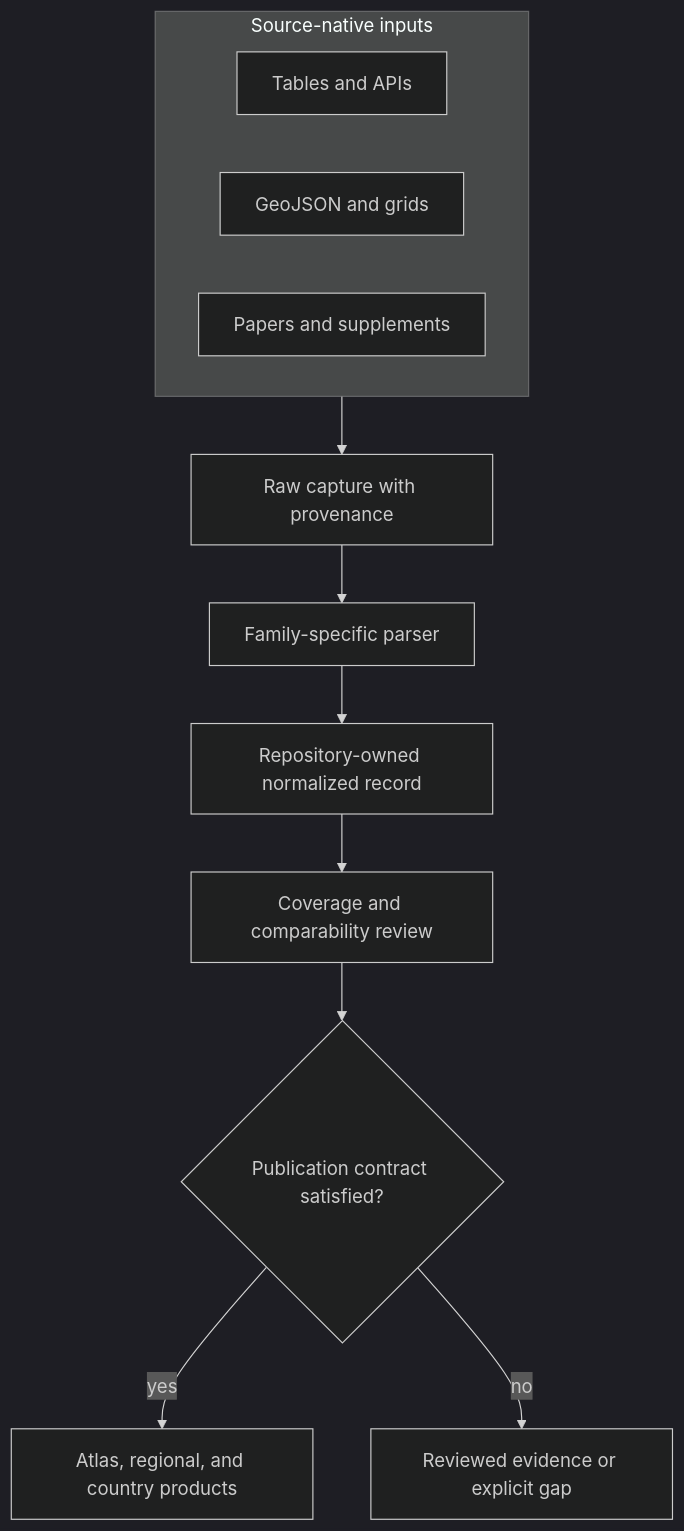
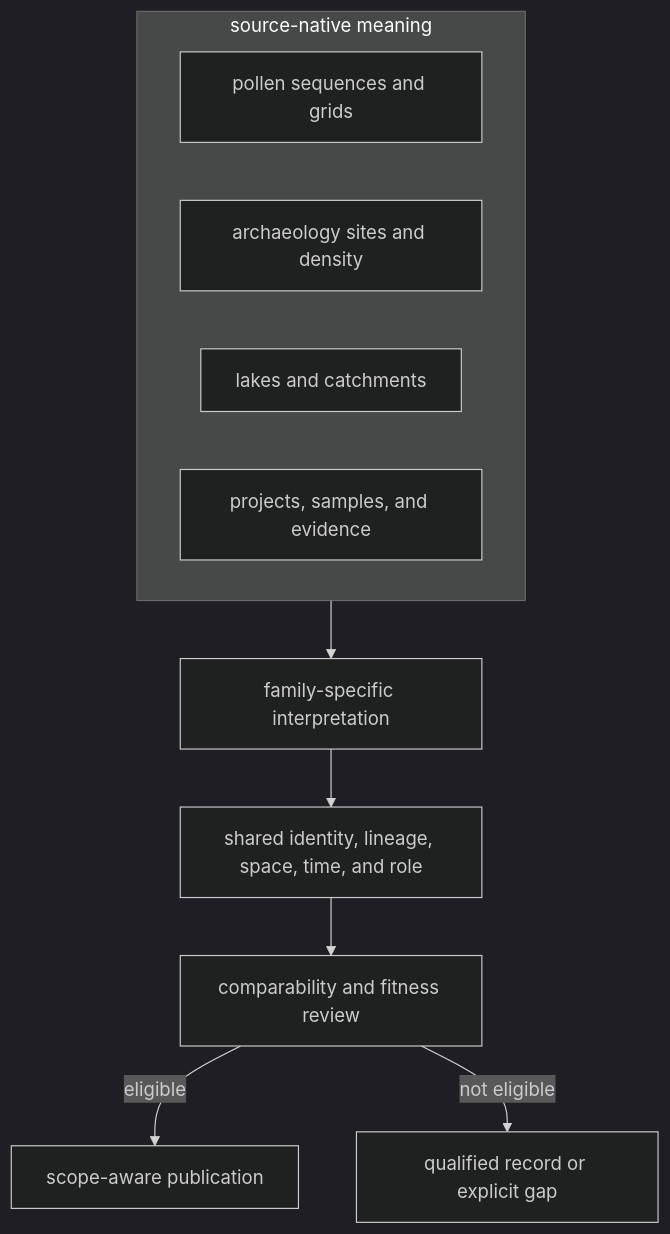
Before and after one commit to bijux/bijux-pollenomics: the diagram in docs/public/pollenomics-data/sources/shared-normalization.md, drawn with Mermaid (dark theme). The commit also changed other lines of this file and 2 other files, not shown here.

````diff
--- a/docs/public/pollenomics-data/sources/shared-normalization.md
+++ b/docs/public/pollenomics-data/sources/shared-normalization.md
@@ -43,16 +34,14 @@
 ```mermaid
 flowchart TB
-    subgraph Inputs[Source-native inputs]
-        A[Tables and APIs]
-        B[GeoJSON and grids]
-        C[Papers and supplements]
+    subgraph Native["source-native meaning"]
+        Pollen["pollen sequences and grids"]
+        Archaeology["archaeology sites and density"]
+        Water["lakes and catchments"]
+        DNA["projects, samples, and evidence"]
     end
-
-    Inputs --> D[Raw capture with provenance]
-    D --> E[Family-specific parser]
-    E --> F[Repository-owned normalized record]
-    F --> G[Coverage and comparability review]
-    G --> H{Publication contract satisfied?}
-    H -->|yes| I[Atlas, regional, and country products]
-    H -->|no| J[Reviewed evidence or explicit gap]
+    Native --> Parser["family-specific interpretation"]
+    Parser --> Envelope["shared identity, lineage, space, time, and role"]
+    Envelope --> Review["comparability and fitness review"]
+    Review -->|eligible| Product["scope-aware publication"]
+    Review -->|not eligible| Gap["qualified record or explicit gap"]
 ```
````
